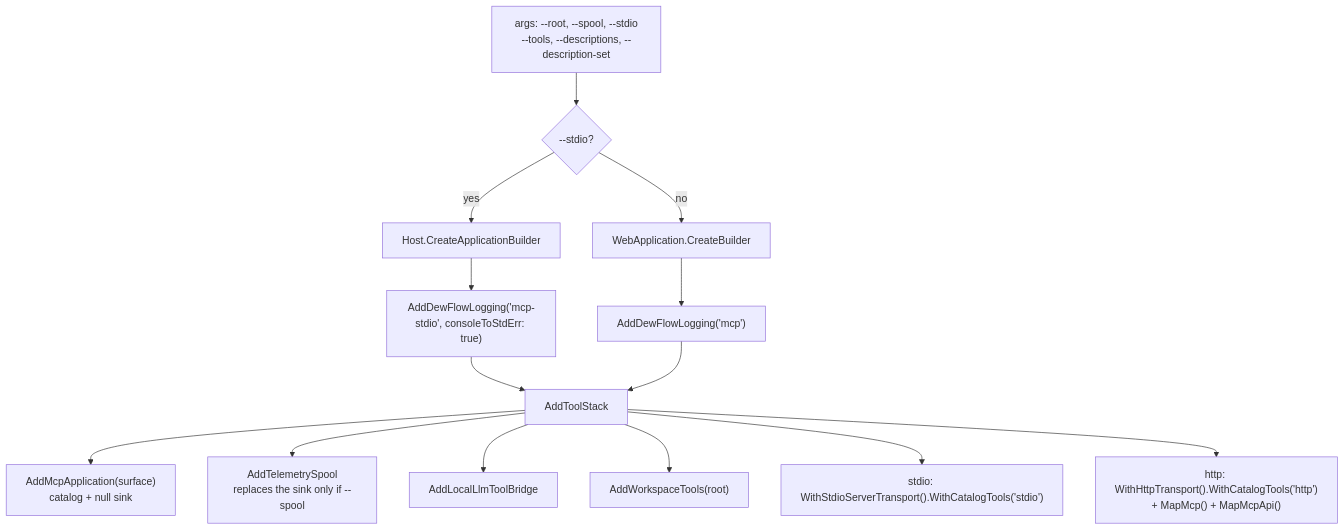
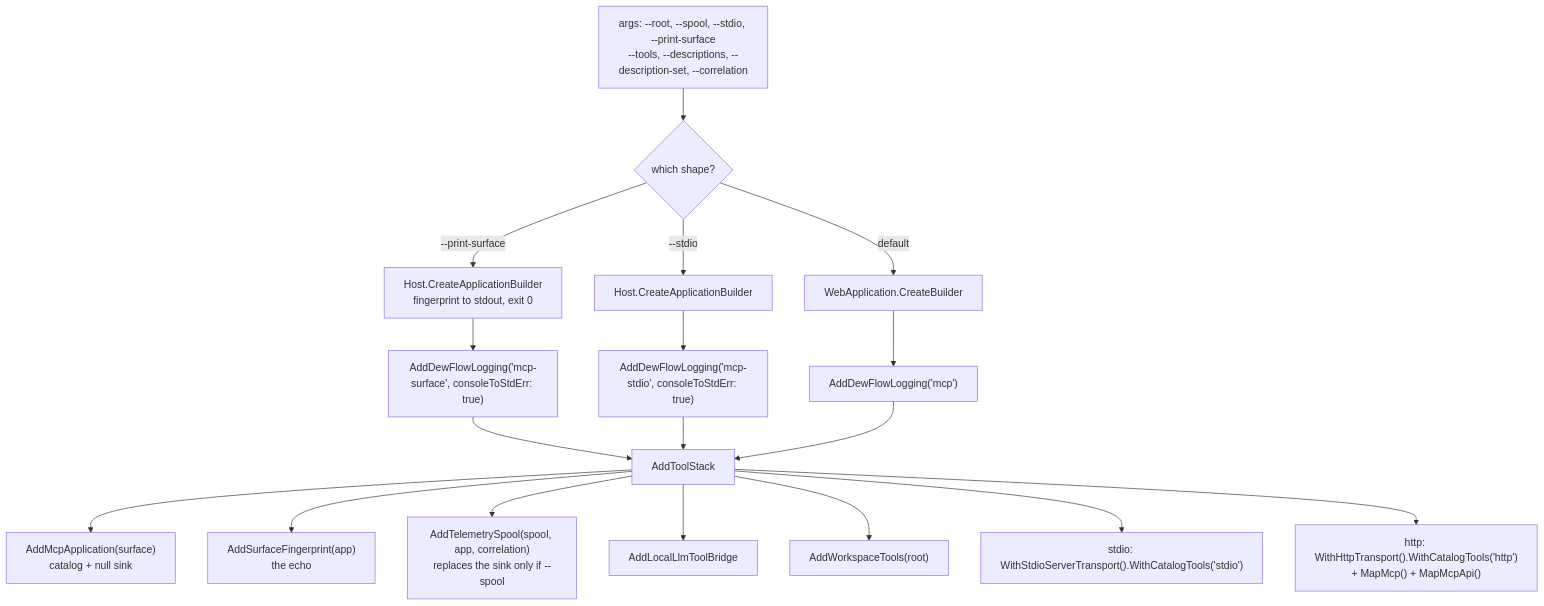
Before and after one commit to oleksandrdubyna88/dew_flow_mcp: the diagram in research/module_hosting.md, drawn with Mermaid. The commit also changed other lines of this file and 16 other files, not shown here.

First line of the commit message:
feat(surface): the server echoes what it serves, and telemetry carries the caller's correlation

````diff
--- a/research/module_hosting.md
+++ b/research/module_hosting.md
@@ -15,21 +15,25 @@
 ```mermaid
 flowchart TD
-    ARGS["args: --root, --spool, --stdio<br/>--tools, --descriptions, --description-set"] --> MODE{"--stdio?"}
+    ARGS["args: --root, --spool, --stdio, --print-surface<br/>--tools, --descriptions, --description-set, --correlation"] --> MODE{"which shape?"}
 
-    MODE -->|yes| STDIO["Host.CreateApplicationBuilder"]
-    MODE -->|no| WEB["WebApplication.CreateBuilder"]
+    MODE -->|--print-surface| PRINT["Host.CreateApplicationBuilder<br/>fingerprint to stdout, exit 0"]
+    MODE -->|--stdio| STDIO["Host.CreateApplicationBuilder"]
+    MODE -->|default| WEB["WebApplication.CreateBuilder"]
 
+    PRINT --> LOGP["AddDewFlowLogging('mcp-surface', consoleToStdErr: true)"]
     STDIO --> LOGS["AddDewFlowLogging('mcp-stdio', consoleToStdErr: true)"]
     WEB --> LOGW["AddDewFlowLogging('mcp')"]
 
+    LOGP --> STACK
     LOGS --> STACK
     LOGW --> STACK
 
     STACK["AddToolStack"] --> APP["AddMcpApplication(surface)<br/>catalog + null sink"]
-    STACK --> TEL["AddTelemetrySpool<br/>replaces the sink only if --spool"]
+    STACK --> FP["AddSurfaceFingerprint(app)<br/>the echo"]
+    STACK --> TEL["AddTelemetrySpool(spool, app, correlation)<br/>replaces the sink only if --spool"]
     STACK --> BRIDGE["AddLocalLlmToolBridge"]
     STACK --> WS["AddWorkspaceTools(root)"]
 
     STACK --> T1["stdio: WithStdioServerTransport().WithCatalogTools('stdio')"]
     STACK --> T2["http: WithHttpTransport().WithCatalogTools('http')<br/>+ MapMcp() + MapMcpApi()"]
 ```
````
